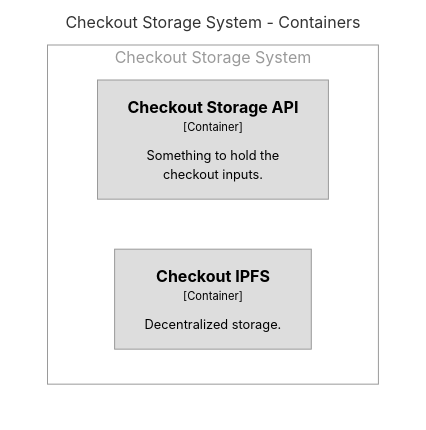
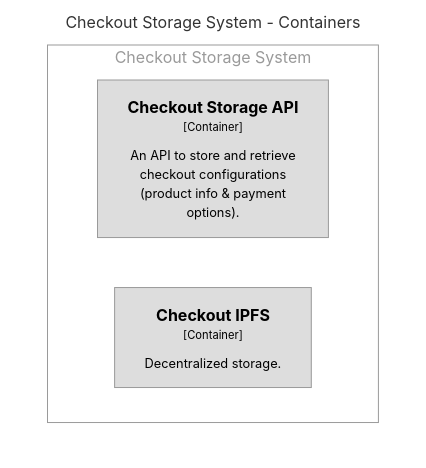
One commit to superfluid-finance/widget changed the diagram in architecture/diagrams/structurizr-CheckoutStorageSystem.mmd. Above: the diagram before and after it, drawn with Mermaid. The commit also changed 10 other files, not shown here.

```diff
--- a/architecture/diagrams/structurizr-CheckoutStorageSystem.mmd
+++ b/architecture/diagrams/structurizr-CheckoutStorageSystem.mmd
@@ -1,16 +1,16 @@
 graph TB
   linkStyle default fill:#ffffff
 
   subgraph diagram [Checkout Storage System - Containers]
     style diagram fill:#ffffff,stroke:#ffffff
 
     subgraph 24 [Checkout Storage System]
       style 24 fill:#ffffff,stroke:#9a9a9a,color:#9a9a9a
 
-      25["<div style='font-weight: bold'>Checkout Storage API</div><div style='font-size: 70%; margin-top: 0px'>[Container]</div><div style='font-size: 80%; margin-top:10px'>Something to hold the<br />checkout inputs.</div>"]
+      25["<div style='font-weight: bold'>Checkout Storage API</div><div style='font-size: 70%; margin-top: 0px'>[Container]</div><div style='font-size: 80%; margin-top:10px'>An API to store and retrieve<br />checkout configurations<br />(product info & payment<br />options).</div>"]
       style 25 fill:#dddddd,stroke:#9a9a9a,color:#000000
       26["<div style='font-weight: bold'>Checkout IPFS</div><div style='font-size: 70%; margin-top: 0px'>[Container]</div><div style='font-size: 80%; margin-top:10px'>Decentralized storage.</div>"]
       style 26 fill:#dddddd,stroke:#9a9a9a,color:#000000
     end
 
   end
```
